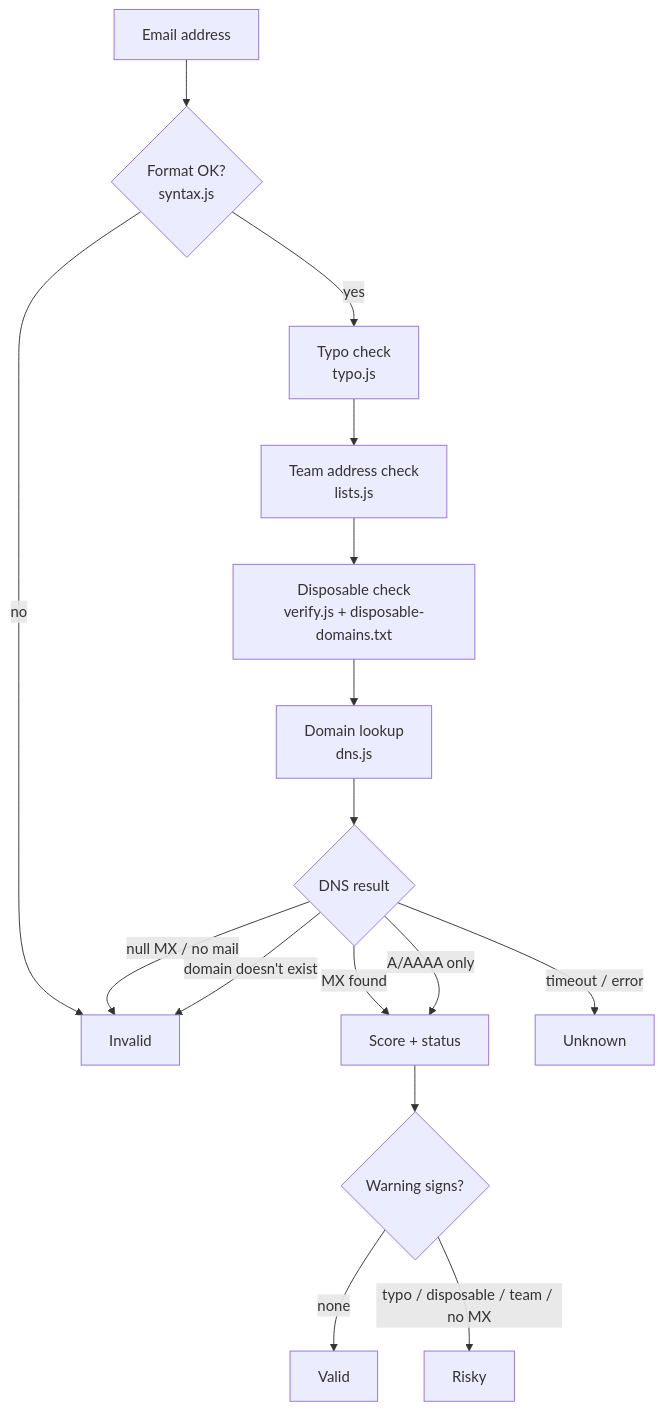
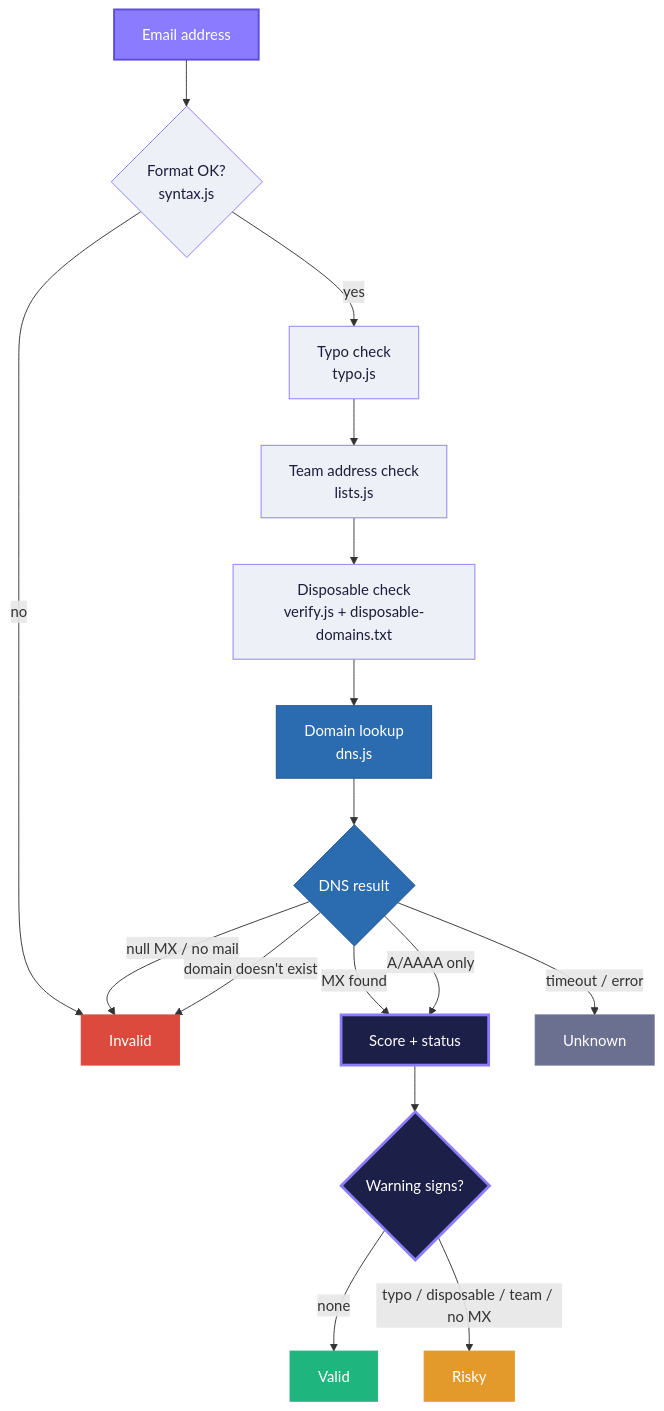
One commit to nexoradev-stack/Email-Chekkr changed the third of 7 diagrams in ARCHITECTURE.md. Above: the diagram before and after it, drawn with Mermaid. The commit also changed other lines of this file and 2 other files, not shown here.

First line of the commit message:
Colourful README and architecture diagrams

````diff
--- a/ARCHITECTURE.md
+++ b/ARCHITECTURE.md
@@ -38,18 +92,37 @@
 ```mermaid
 flowchart TD
   A[Email address] --> B{Format OK?<br/>syntax.js}
   B -- no --> INV[Invalid]
   B -- yes --> C[Typo check<br/>typo.js]
   C --> D[Team address check<br/>lists.js]
   D --> E[Disposable check<br/>verify.js + disposable-domains.txt]
   E --> F[Domain lookup<br/>dns.js]
   F --> G{DNS result}
   G -- MX found --> S[Score + status]
   G -- A/AAAA only --> S
   G -- null MX / no mail --> INV
   G -- domain doesn't exist --> INV
   G -- timeout / error --> UNK[Unknown]
   S --> R{Warning signs?}
   R -- none --> VAL[Valid]
   R -- typo / disposable / team / no MX --> RISK[Risky]
+  classDef web fill:#8b7cff,stroke:#5b4bdb,color:#ffffff,stroke-width:2px
+  classDef api fill:#3ddc97,stroke:#1fb57f,color:#0d0f22,stroke-width:2px
+  classDef mcp fill:#f2b544,stroke:#e39a2b,color:#0d0f22,stroke-width:2px
+  classDef engine fill:#1c2048,stroke:#8b7cff,color:#ffffff,stroke-width:3px
+  classDef dns fill:#2b6cb0,stroke:#1e4e8c,color:#ffffff
+  classDef ext fill:#e2e4f0,stroke:#9aa0c8,color:#1b1d3a
+  classDef valid fill:#1fb57f,stroke:#1fb57f,color:#ffffff
+  classDef risky fill:#e39a2b,stroke:#e39a2b,color:#ffffff
+  classDef invalid fill:#dc4a3d,stroke:#dc4a3d,color:#ffffff
+  classDef unknown fill:#6b7090,stroke:#6b7090,color:#ffffff
+  classDef step fill:#eef0f8,stroke:#8b7cff,color:#1b1d3a
+  class A web
+  class B,C,D,E step
+  class F,G dns
+  class S,R engine
+  class VAL valid
+  class RISK risky
+  class INV invalid
+  class UNK unknown
 ```
````
